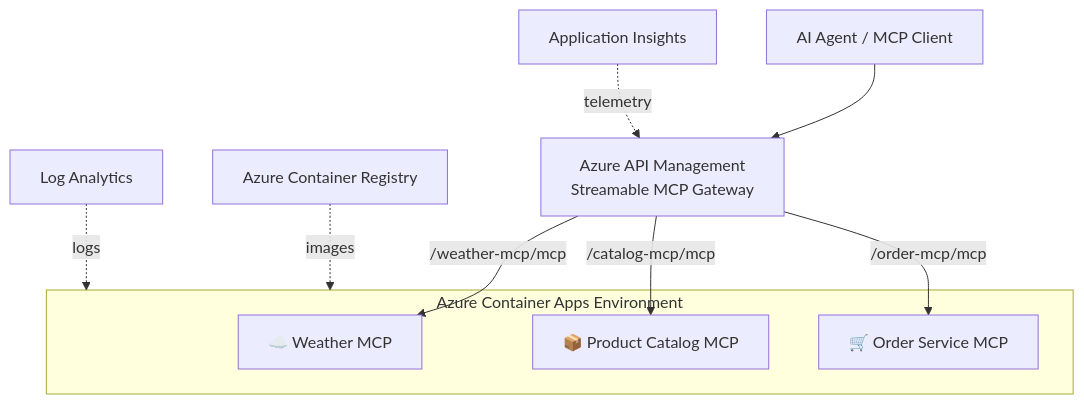
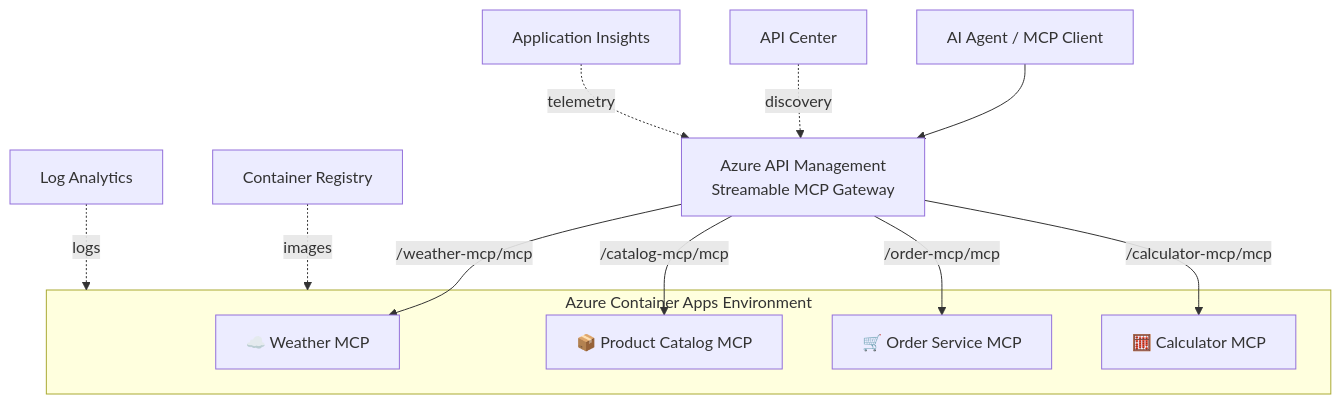
One commit to chrye/apic-discovery changed the first of 2 diagrams in labs/mcp-from-api/README-MCP-Containers.md. Above: the diagram before and after it, drawn with Mermaid. The commit also changed other lines of this file and 5 other files, not shown here.

First line of the commit message:
feat: 8-part MCP containers demo with APIC discovery, monitoring, and agent workflow

````diff
--- a/labs/mcp-from-api/README-MCP-Containers.md
+++ b/labs/mcp-from-api/README-MCP-Containers.md
@@ -7,15 +7,18 @@
 ```mermaid
 graph TB
     Client[AI Agent / MCP Client] --> APIM[Azure API Management<br/>Streamable MCP Gateway]
     APIM -->|/weather-mcp/mcp| W[☁️ Weather MCP]
     APIM -->|/catalog-mcp/mcp| C[📦 Product Catalog MCP]
     APIM -->|/order-mcp/mcp| O[🛒 Order Service MCP]
+    APIM -->|/calculator-mcp/mcp| K[🧮 Calculator MCP]
     subgraph ACA[Azure Container Apps Environment]
         W
         C
         O
+        K
     end
-    ACR[Azure Container Registry] -.->|images| ACA
+    ACR[Container Registry] -.->|images| ACA
+    APIC[API Center] -.->|discovery| APIM
+    AppInsights[Application Insights] -.->|telemetry| APIM
     LAW[Log Analytics] -.->|logs| ACA
-    AppInsights[Application Insights] -.->|telemetry| APIM
 ```
````
